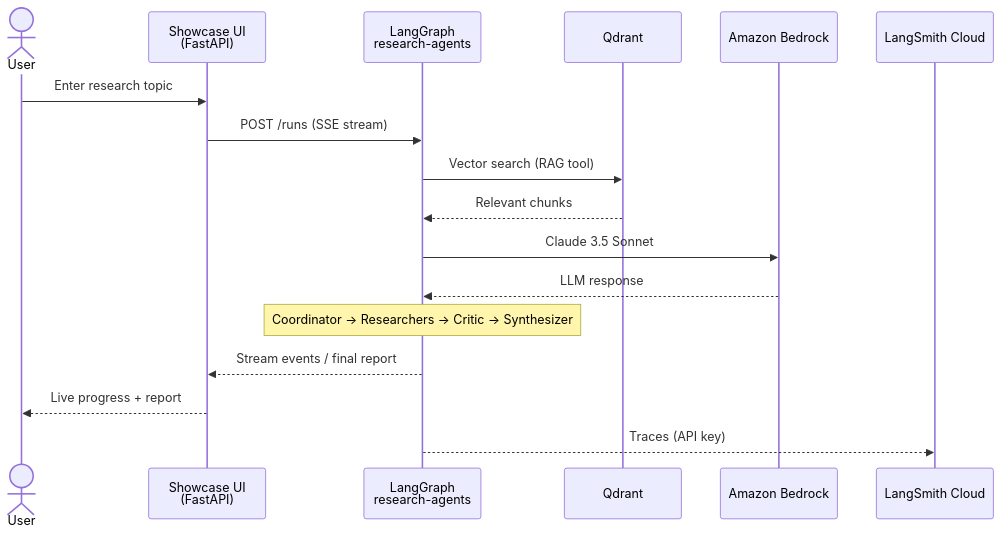
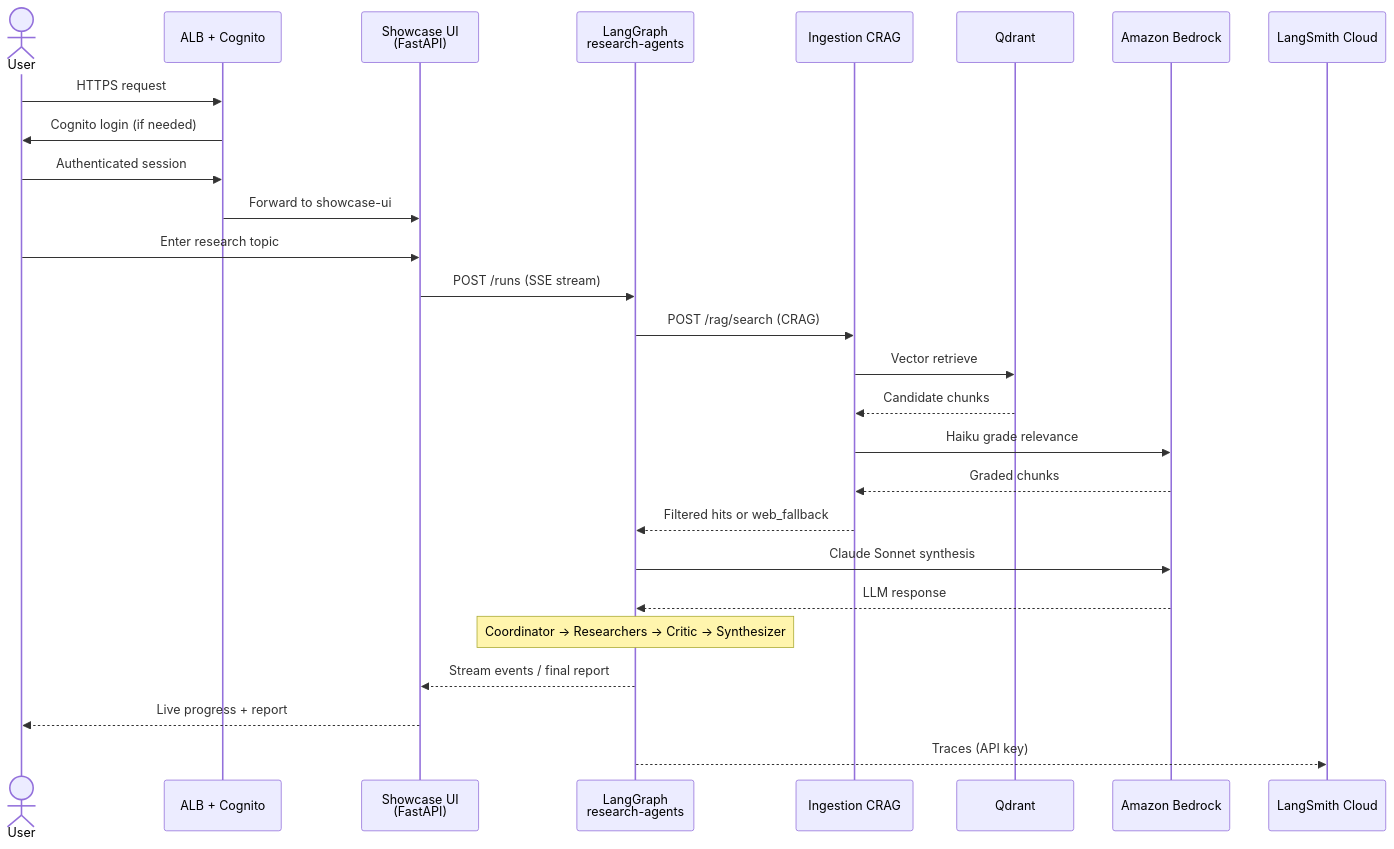
The third of 7 diagrams in docs/ARCHITECTURE_DIAGRAM.md (emguru/langrag), drawn with Mermaid before and after one commit. The commit also changed other lines of this file and 45 other files, not shown here.

````diff
--- a/docs/ARCHITECTURE_DIAGRAM.md
+++ b/docs/ARCHITECTURE_DIAGRAM.md
@@ -94,20 +129,30 @@
 ```mermaid
 sequenceDiagram
   actor User
+  participant ALB as ALB + Cognito
   participant UI as Showcase UI<br/>(FastAPI)
   participant LG as LangGraph<br/>research-agents
+  participant Ing as Ingestion CRAG
   participant Q as Qdrant
   participant BR as Amazon Bedrock
   participant LS as LangSmith Cloud
 
+  User->>ALB: HTTPS request
+  ALB->>User: Cognito login (if needed)
+  User->>ALB: Authenticated session
+  ALB->>UI: Forward to showcase-ui
   User->>UI: Enter research topic
   UI->>LG: POST /runs (SSE stream)
-  LG->>Q: Vector search (RAG tool)
-  Q-->>LG: Relevant chunks
-  LG->>BR: Claude 3.5 Sonnet
+  LG->>Ing: POST /rag/search (CRAG)
+  Ing->>Q: Vector retrieve
+  Q-->>Ing: Candidate chunks
+  Ing->>BR: Haiku grade relevance
+  BR-->>Ing: Graded chunks
+  Ing-->>LG: Filtered hits or web_fallback
+  LG->>BR: Claude Sonnet synthesis
   BR-->>LG: LLM response
   Note over LG: Coordinator → Researchers → Critic → Synthesizer
   LG-->>UI: Stream events / final report
   UI-->>User: Live progress + report
   LG-->>LS: Traces (API key)
 ```
````
